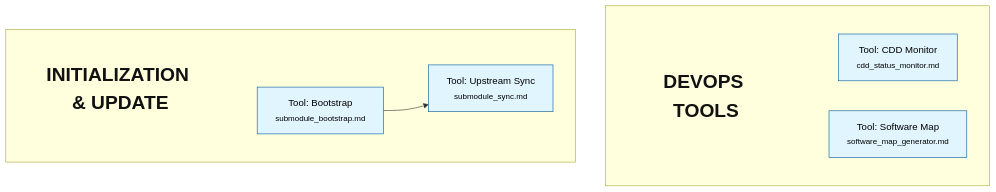
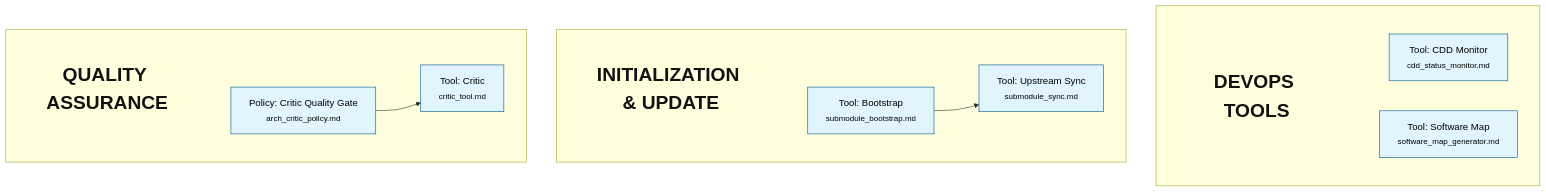
Before and after one commit to rlabarca/agentic-dev-core: the diagram in README.md, drawn with Mermaid. The commit also changed other lines of this file and 13 other files, not shown here.

First line of the commit message:
spec(critic+qa): Critic Quality Gate system + QA persona (Phase 1)

````diff
--- a/README.md
+++ b/README.md
@@ -117,35 +124,45 @@
 ```mermaid
 flowchart TD
 
 
     subgraph DevOps_Tools [" "]
         title_DevOps_Tools["DEVOPS TOOLS"]
         cdd_status_monitor["Tool: CDD Monitor<br/><small>cdd_status_monitor.md</small>"]
         title_DevOps_Tools ~~~ cdd_status_monitor
         software_map_generator["Tool: Software Map<br/><small>software_map_generator.md</small>"]
         title_DevOps_Tools ~~~ software_map_generator
     end
 
     subgraph Initialization_&_Update [" "]
         title_Initialization_&_Update["INITIALIZATION & UPDATE"]
         submodule_bootstrap["Tool: Bootstrap<br/><small>submodule_bootstrap.md</small>"]
         title_Initialization_&_Update ~~~ submodule_bootstrap
         submodule_sync["Tool: Upstream Sync<br/><small>submodule_sync.md</small>"]
         title_Initialization_&_Update ~~~ submodule_sync
     end
 
+    subgraph Quality_Assurance [" "]
+        title_Quality_Assurance["QUALITY ASSURANCE"]
+        arch_critic_policy["Policy: Critic Quality Gate<br/><small>arch_critic_policy.md</small>"]
+        title_Quality_Assurance ~~~ arch_critic_policy
+        critic_tool["Tool: Critic<br/><small>critic_tool.md</small>"]
+        title_Quality_Assurance ~~~ critic_tool
+    end
+
     %% Relationships
+    arch_critic_policy --> critic_tool
     submodule_bootstrap --> submodule_sync
 
     %% Styling Definitions
     classDef default fill:#e1f5fe,stroke:#01579b,stroke-width:1px,color:black;
     classDef release fill:#f96,stroke:#333,stroke-width:2px,color:black,font-weight:bold;
     classDef hardware fill:#e8f5e9,stroke:#2e7d32,stroke-width:1px,color:black;
     classDef ui fill:#f3e5f5,stroke:#7b1fa2,stroke-width:1px,color:black;
     classDef process fill:#f1f8e9,stroke:#558b2f,stroke-width:1px,color:black;
     classDef subgraphTitle fill:none,stroke:none,color:#111,font-size:32px,font-weight:bold;
 
     %% Style Applications
     class title_DevOps_Tools subgraphTitle;
     class title_Initialization_&_Update subgraphTitle;
+    class title_Quality_Assurance subgraphTitle;
 ```
````
